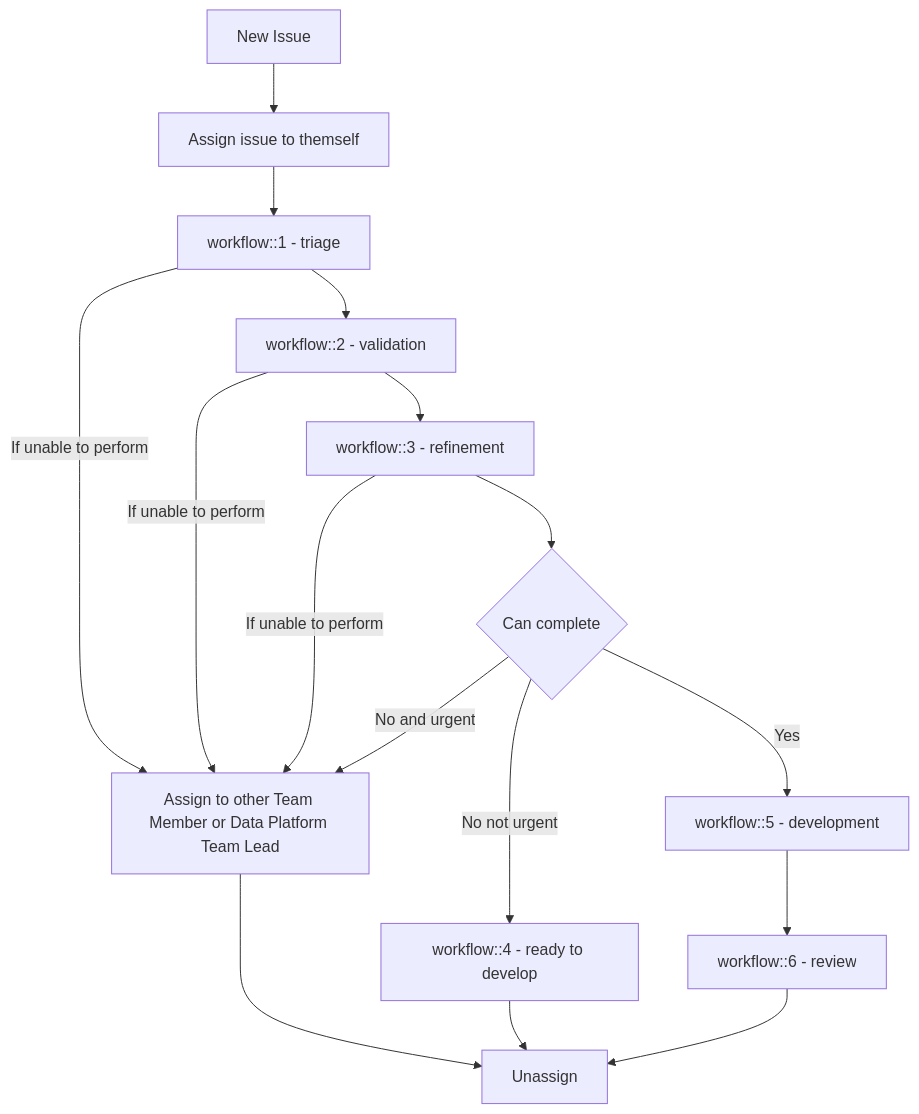
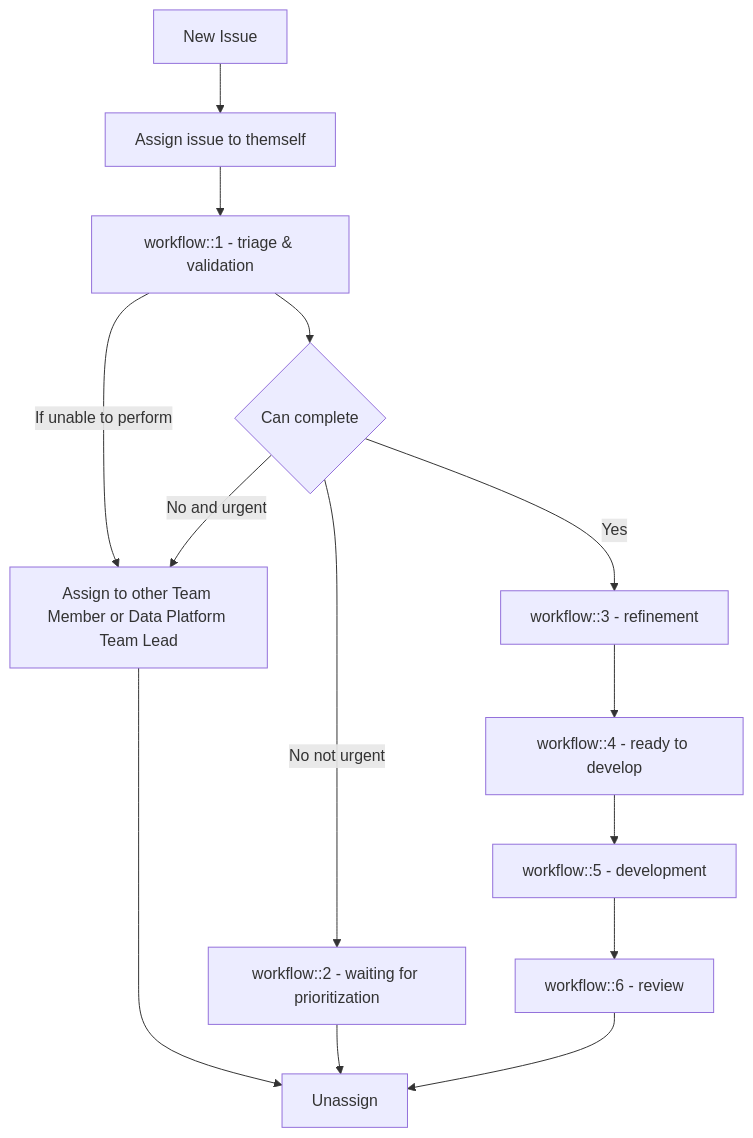
The first of 2 diagrams in content/handbook/enterprise-data/how-we-work/triage.md (zalyoung/gitlab-handbook), drawn with Mermaid before and after one commit. The commit also changed other lines of this file, not shown here.

Commit message:
Update Data Platform Triage process

````diff
--- a/content/handbook/enterprise-data/how-we-work/triage.md
+++ b/content/handbook/enterprise-data/how-we-work/triage.md
@@ -156,20 +156,29 @@
 ```mermaid
 flowchart TD
-    A[New Issue] --> B[Assign issue to themself]
-    B --> C[workflow::1 - triage]
-    C --> D[workflow::2 - validation]
-    D --> E[workflow::3 - refinement]
-    F[Assign to other Team Member or Data Platform Team Lead ]
-    C -->|If unable to perform| F
-    D -->|If unable to perform| F
-    E -->|If unable to perform| F
-    E -->G{Can complete}
-    G -->|No and urgent| F
-    G -->|No not urgent| H[workflow::4 - ready to develop]
-    G -->|Yes| J[workflow::5 - development]
-    J -->K[workflow::6 - review]
+    N[New Issue]
+    A[Assign issue to themself]
+    C{Can complete}
+    R[Assign to other Team Member or Data Platform Team Lead ]
     U[Unassign]
-    F-->U
-    H-->U
-    K-->U
+
+    1[workflow::1 - triage & validation]
+    2[workflow::2 - waiting for prioritization]
+    3[workflow::3 - refinement]
+    4[workflow::4 - ready to develop]
+    5[workflow::5 - development]
+    6[workflow::6 - review]
+
+    N-->A
+    A-->1
+    1-->C
+    1 -->|If unable to perform| R
+    R --> U
+    C -->|No and urgent | R
+    C -->|No not urgent | 2
+    2 --> U
+    C -->|Yes | 3
+    3 --> 4
+    4 --> 5
+    5 --> 6
+    6 --> U
 ```
````
